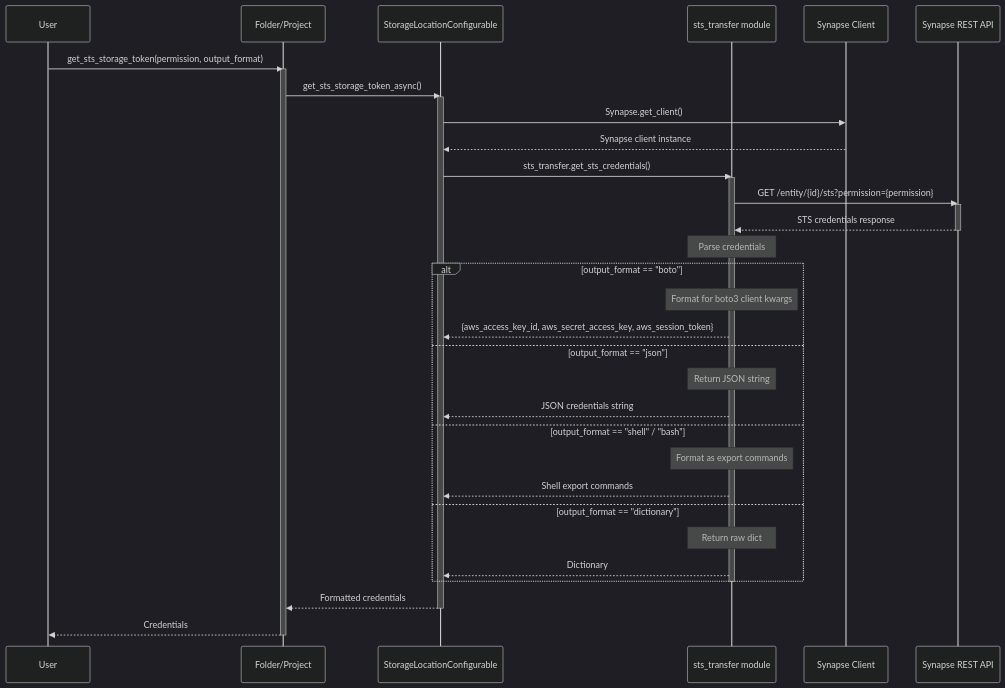
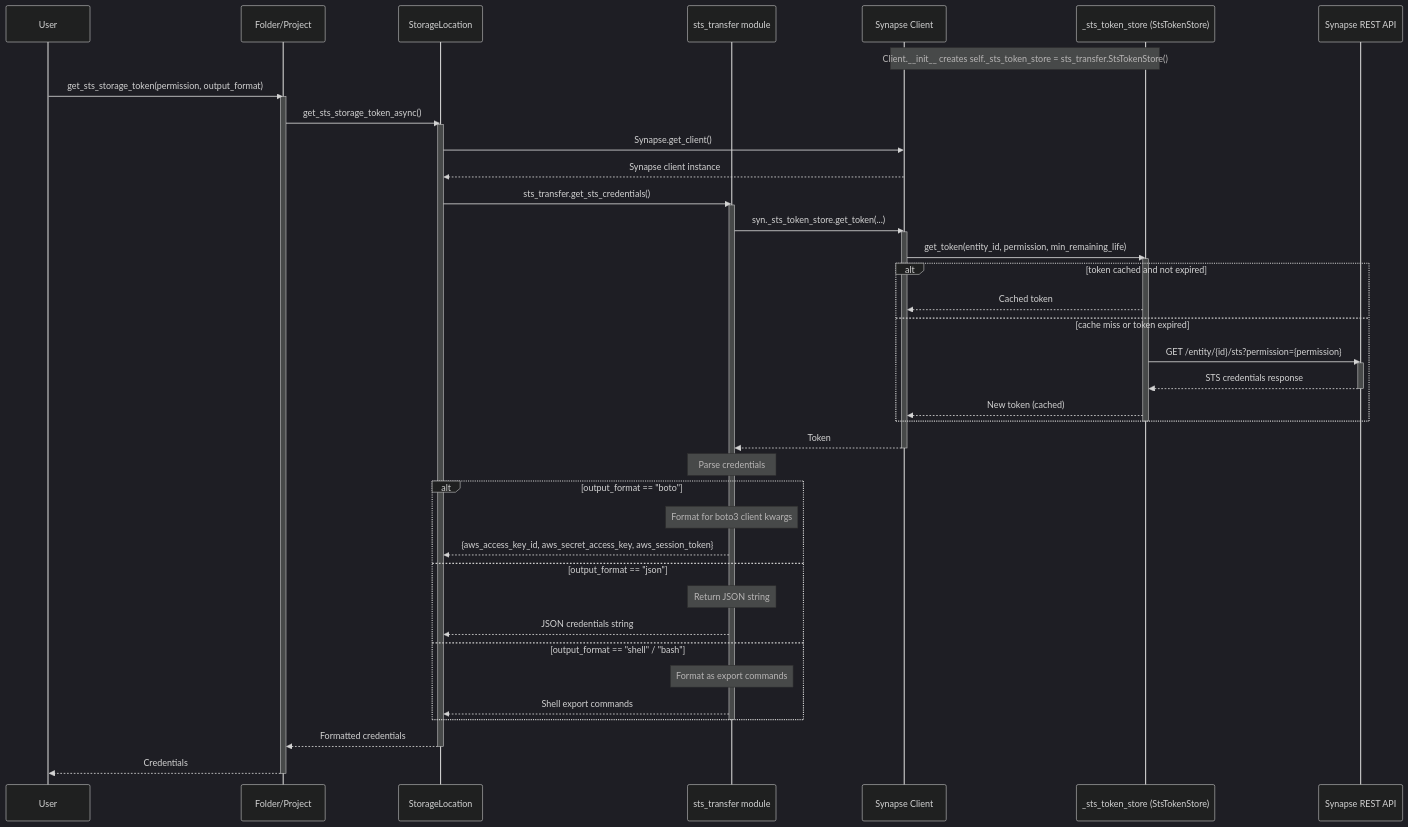
One commit to Sage-Bionetworks/synapsePythonClient changed the seventh of 11 diagrams in docs/explanations/storage_location_architecture.md. Above: the diagram before and after it, drawn with Mermaid (dark theme). The commit also changed other lines of this file, not shown here.

````diff
--- a/docs/explanations/storage_location_architecture.md
+++ b/docs/explanations/storage_location_architecture.md
@@ -465,50 +467,62 @@
 ```mermaid
 sequenceDiagram
     participant User
     participant Entity as Folder/Project
-    participant Mixin as StorageLocationConfigurable
+    participant Mixin as StorageLocation
     participant STS as sts_transfer module
     participant Client as Synapse Client
+    participant TokenStore as _sts_token_store (StsTokenStore)
     participant Synapse as Synapse REST API
+
+    Note over Client,TokenStore: Client.__init__ creates self._sts_token_store = sts_transfer.StsTokenStore()
 
     User->>Entity: get_sts_storage_token(permission, output_format)
     activate Entity
 
     Entity->>Mixin: get_sts_storage_token_async()
     activate Mixin
 
     Mixin->>Client: Synapse.get_client()
     Client-->>Mixin: Synapse client instance
 
     Mixin->>STS: sts_transfer.get_sts_credentials()
     activate STS
 
-    STS->>Synapse: GET /entity/{id}/sts?permission={permission}
-    activate Synapse
+    STS->>Client: syn._sts_token_store.get_token(...)
+    activate Client
+    Client->>TokenStore: get_token(entity_id, permission, min_remaining_life)
+    activate TokenStore
 
-    Synapse-->>STS: STS credentials response
-    deactivate Synapse
+    alt token cached and not expired
+        TokenStore-->>Client: Cached token
+    else cache miss or token expired
+        TokenStore->>Synapse: GET /entity/{id}/sts?permission={permission}
+        activate Synapse
+        Synapse-->>TokenStore: STS credentials response
+        deactivate Synapse
+        TokenStore-->>Client: New token (cached)
+    end
+    deactivate TokenStore
+    Client-->>STS: Token
+    deactivate Client
 
     Note over STS: Parse credentials
 
     alt output_format == "boto"
         Note over STS: Format for boto3 client kwargs
         STS-->>Mixin: {aws_access_key_id, aws_secret_access_key, aws_session_token}
     else output_format == "json"
         Note over STS: Return JSON string
         STS-->>Mixin: JSON credentials string
     else output_format == "shell" / "bash"
         Note over STS: Format as export commands
         STS-->>Mixin: Shell export commands
-    else output_format == "dictionary"
-        Note over STS: Return raw dict
-        STS-->>Mixin: Dictionary
     end
     deactivate STS
 
     Mixin-->>Entity: Formatted credentials
     deactivate Mixin
 
     Entity-->>User: Credentials
     deactivate Entity
 ```
````
